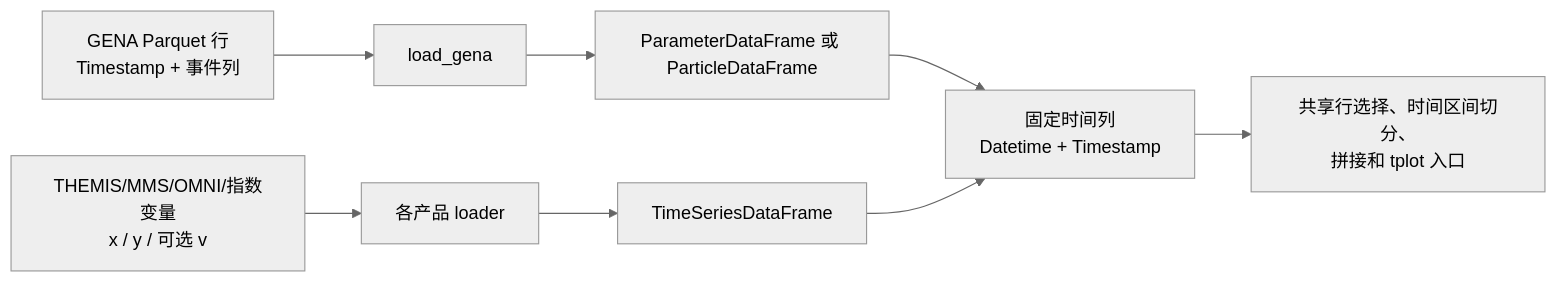
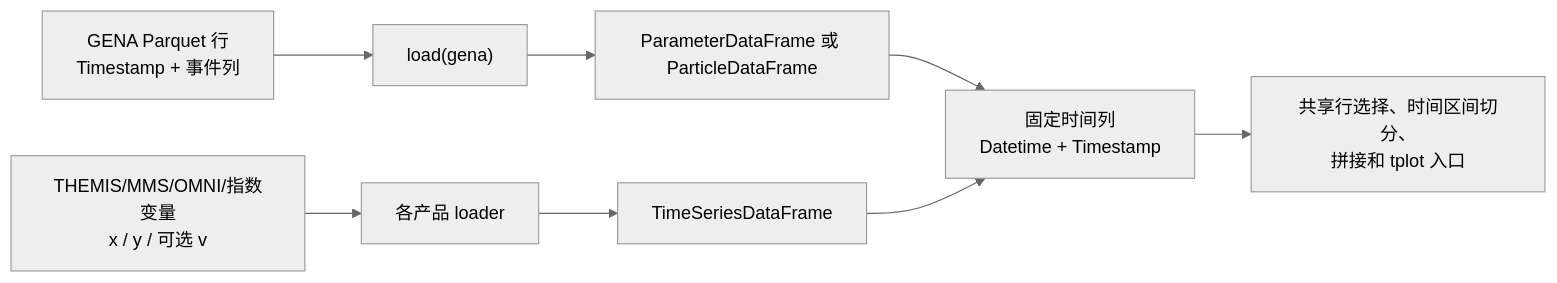
One commit to shawnafk/GENA changed the second of 2 diagrams in readme.zh.md. Above: the diagram before and after it, drawn with Mermaid (neutral theme). The commit also changed other lines of this file and 11 other files, not shown here.

````diff
--- a/readme.zh.md
+++ b/readme.zh.md
@@ -169,10 +165,10 @@
 ```mermaid
 flowchart LR
-    G["GENA Parquet 行<br/>Timestamp + 事件列"] --> GL["load_gena"]
+    G["GENA Parquet 行<br/>Timestamp + 事件列"] --> GL["load(gena)"]
     GL --> E["ParameterDataFrame 或 ParticleDataFrame"]
     T["THEMIS/MMS/OMNI/指数变量<br/>x / y / 可选 v"] --> D["各产品 loader"]
     D --> F["TimeSeriesDataFrame"]
     E --> C["固定时间列<br/>Datetime + Timestamp"]
     F --> C
     C --> S["共享行选择、时间区间切分、<br/>拼接和 tplot 入口"]
 ```
````
